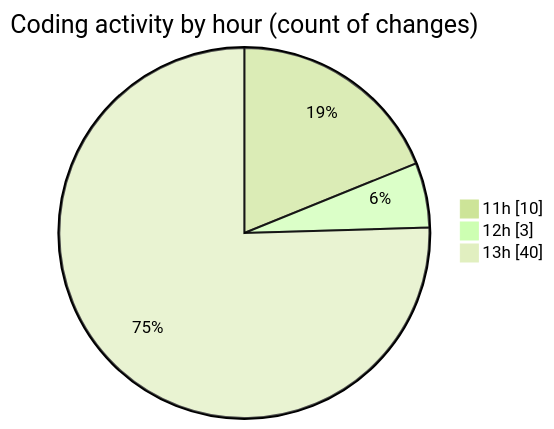
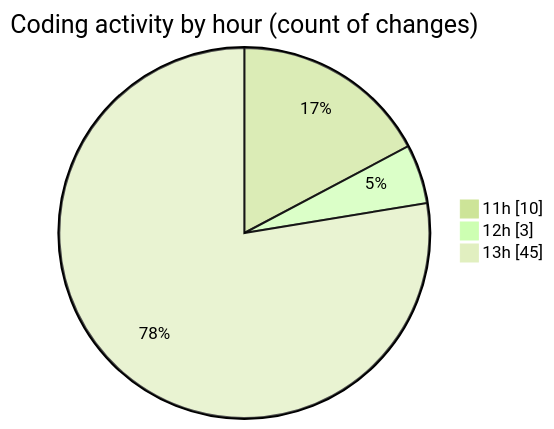
Before and after one commit to momahboobian/code-tracking: the second of 2 diagrams in 2025-02-14/cda/README.md, drawn with Mermaid (forest theme). The commit also changed other lines of this file and 1 other file, not shown here.

````diff
--- a/2025-02-14/cda/README.md
+++ b/2025-02-14/cda/README.md
@@ -32,7 +32,7 @@
 ```mermaid
 pie showData
 title Coding activity by hour (count of changes)
 "11h" : 10
 "12h" : 3
-"13h" : 40
+"13h" : 45
 ```
````
